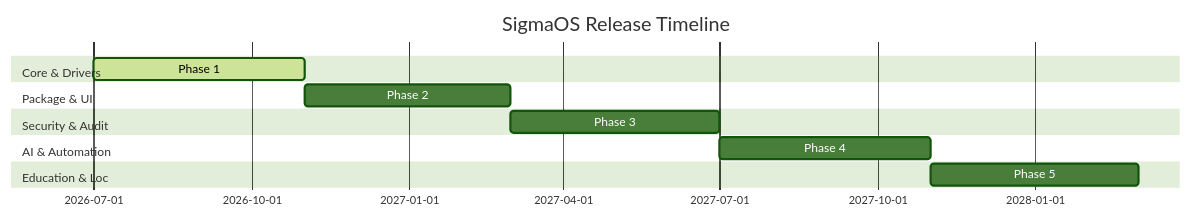
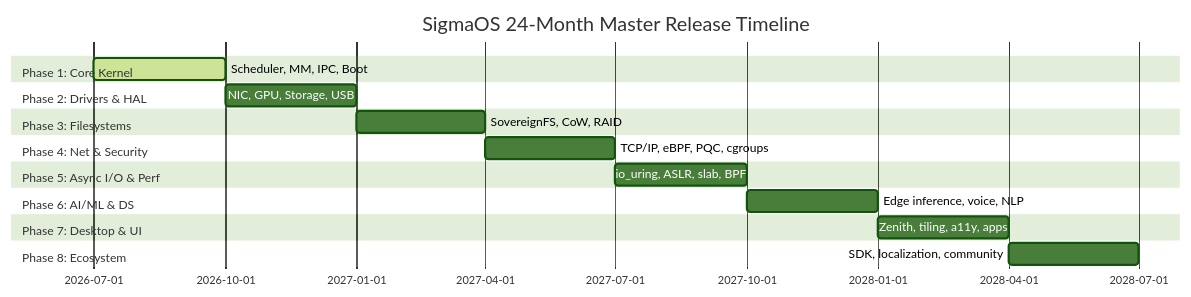
One commit to AaryanSinghChauhan09/SigmaOS changed the diagram in FUTURE_ROADMAP.md. Above: the diagram before and after it, drawn with Mermaid (forest theme). The commit also changed other lines of this file and 454 other files, not shown here.

Commit message:
feat(kernel): implement forensic snapshot, amnesic boot, E1000 driver, io_uring, atomic rollback

````diff
--- a/FUTURE_ROADMAP.md
+++ b/FUTURE_ROADMAP.md
@@ -5,15 +23,21 @@
 ```mermaid
 gantt
-    title SigmaOS Release Timeline
+    title SigmaOS 24-Month Master Release Timeline
     dateFormat  YYYY-MM
-    section Core & Drivers
-    Phase 1 :active, 2026-07, 2026-11
-    section Package & UI
-    Phase 2 : 2026-11, 2027-03
-    section Security & Audit
-    Phase 3 : 2027-03, 2027-07
-    section AI & Automation
-    Phase 4 : 2027-07, 2027-11
-    section Education & Loc
-    Phase 5 : 2027-11, 2028-03
+    section Phase 1: Core Kernel
+    Scheduler, MM, IPC, Boot   :active, p1, 2026-07, 3M
+    section Phase 2: Drivers & HAL
+    NIC, GPU, Storage, USB     :p2, after p1, 3M
+    section Phase 3: Filesystems
+    SovereignFS, CoW, RAID     :p3, after p2, 3M
+    section Phase 4: Net & Security
+    TCP/IP, eBPF, PQC, cgroups :p4, after p3, 3M
+    section Phase 5: Async I/O & Perf
+    io_uring, ASLR, slab, BPF  :p5, after p4, 3M
+    section Phase 6: AI/ML & DS
+    Edge inference, voice, NLP  :p6, after p5, 3M
+    section Phase 7: Desktop & UI
+    Zenith, tiling, a11y, apps  :p7, after p6, 3M
+    section Phase 8: Ecosystem
+    SDK, localization, community:p8, after p7, 3M
 ```
````
